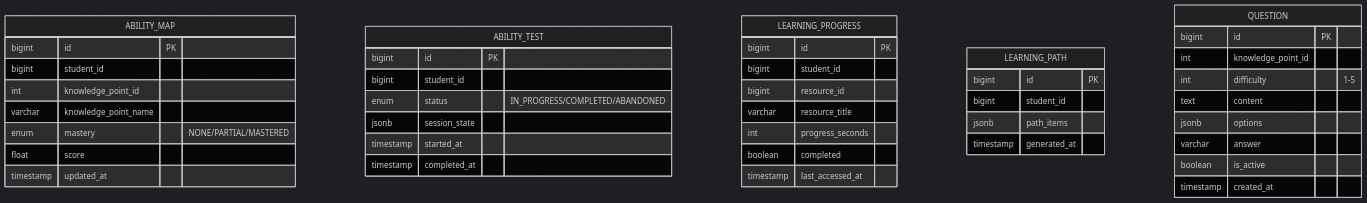
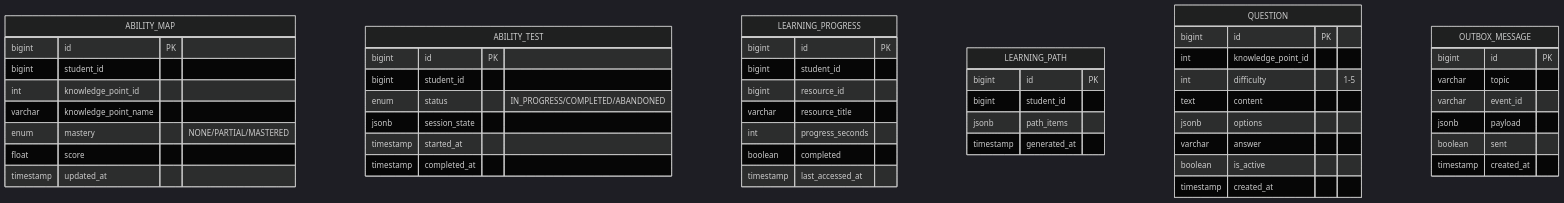
One commit to xice-1201/CloudTeachingAI changed the fifth of 23 diagrams in docs/design/SDD-CloudTeachingAI.md. Above: the diagram before and after it, drawn with Mermaid (dark theme). The commit also changed other lines of this file, not shown here.

````diff
--- a/docs/design/SDD-CloudTeachingAI.md
+++ b/docs/design/SDD-CloudTeachingAI.md
@@ -472,45 +503,53 @@
 ```mermaid
 erDiagram
     ABILITY_MAP {
         bigint id PK
         bigint student_id
         int knowledge_point_id
         varchar knowledge_point_name
         enum mastery "NONE/PARTIAL/MASTERED"
         float score
         timestamp updated_at
     }
     ABILITY_TEST {
         bigint id PK
         bigint student_id
         enum status "IN_PROGRESS/COMPLETED/ABANDONED"
         jsonb session_state
         timestamp started_at
         timestamp completed_at
     }
     LEARNING_PROGRESS {
         bigint id PK
         bigint student_id
         bigint resource_id
         varchar resource_title
         int progress_seconds
         boolean completed
         timestamp last_accessed_at
     }
     LEARNING_PATH {
         bigint id PK
         bigint student_id
         jsonb path_items
         timestamp generated_at
     }
     QUESTION {
         bigint id PK
         int knowledge_point_id
         int difficulty "1-5"
         text content
         jsonb options
         varchar answer
         boolean is_active
         timestamp created_at
     }
+    OUTBOX_MESSAGE {
+        bigint id PK
+        varchar topic
+        varchar event_id
+        jsonb payload
+        boolean sent
+        timestamp created_at
+    }
 ```
````
